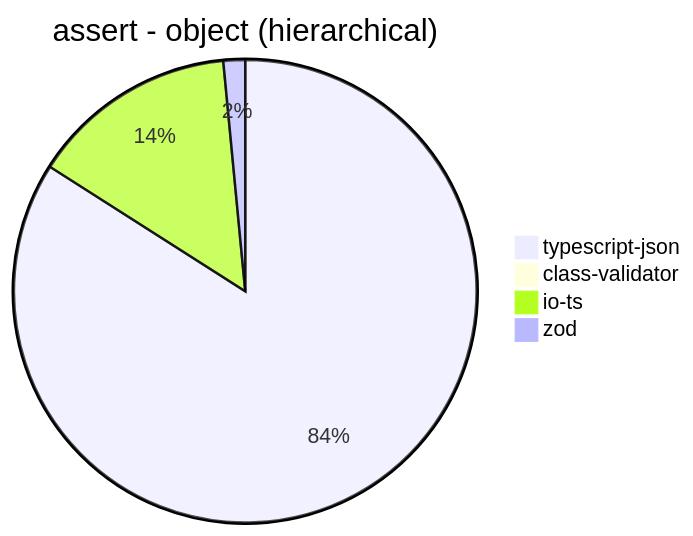
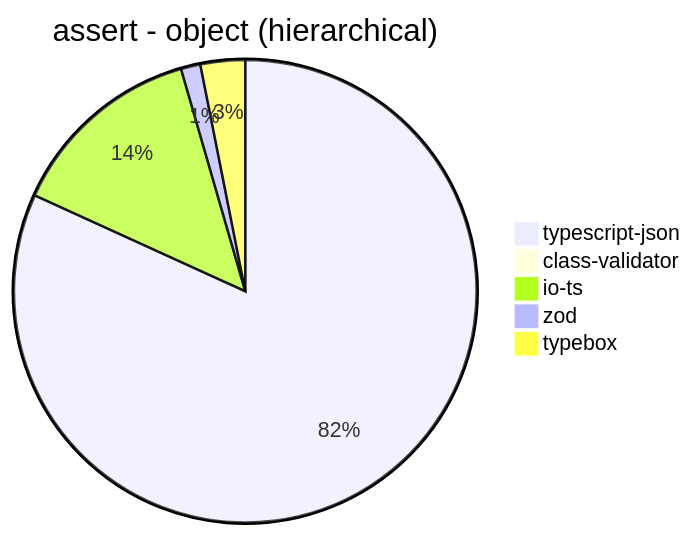
The ninth of 39 diagrams in benchmark/results/AMD Ryzen 7 5800H with Radeon Graphics.md (samchon/typia), drawn with Mermaid before and after one commit. The commit also changed other lines of this file and 6 other files, not shown here.

````diff
--- a/benchmark/results/AMD Ryzen 7 5800H with Radeon Graphics.md
+++ b/benchmark/results/AMD Ryzen 7 5800H with Radeon Graphics.md
@@ -118,7 +126,8 @@
 ```mermaid
 pie title assert - object (hierarchical)
-  "typescript-json": 22726.51394068549
-  "class-validator": 61.11010667148798
-  "io-ts": 3907.6241134751776
-  "zod": 410.6429349800218
+  "typescript-json": 23307.97035966022
+  "class-validator": 59.84945841747751
+  "io-ts": 3909.505564677979
+  "zod": 387.3656909966655
+  "typebox": 887.772774506408
 ```
````
